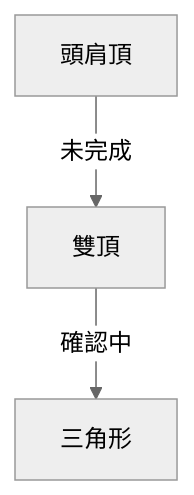
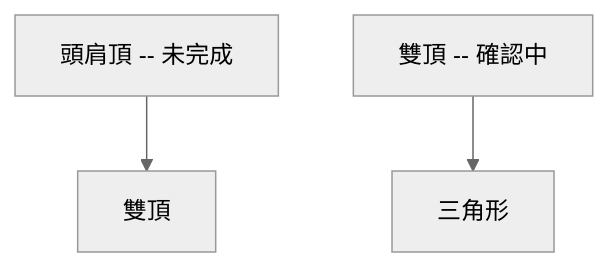
The third of 9 diagrams in ai_gen_report/stock/vst/technical_analysis_2026-04-08_openai.md (yennanliu/finance_data), drawn with Mermaid (neutral theme) before and after one commit. The commit also changed other lines of this file and 2258 other files, not shown here.

First line of the commit message:
chore: backfill Mermaid syntax repair across existing reports

````diff
--- a/ai_gen_report/stock/vst/technical_analysis_2026-04-08_openai.md
+++ b/ai_gen_report/stock/vst/technical_analysis_2026-04-08_openai.md
@@ -141,5 +141,5 @@
 ```mermaid
 graph TD
-    頭肩頂 -- 未完成 --> 雙頂
-    雙頂 -- 確認中 --> 三角形
+    nb1["頭肩頂 -- 未完成"] --> 雙頂
+    nb2["雙頂 -- 確認中"] --> 三角形
 ```
````
